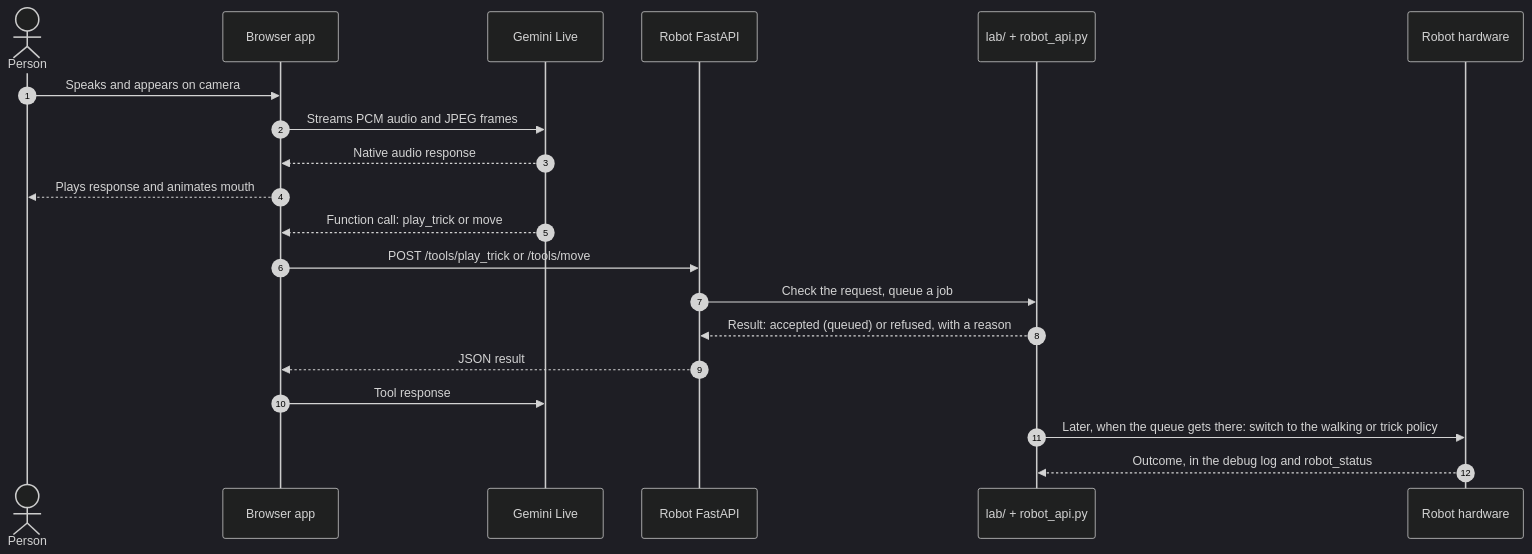
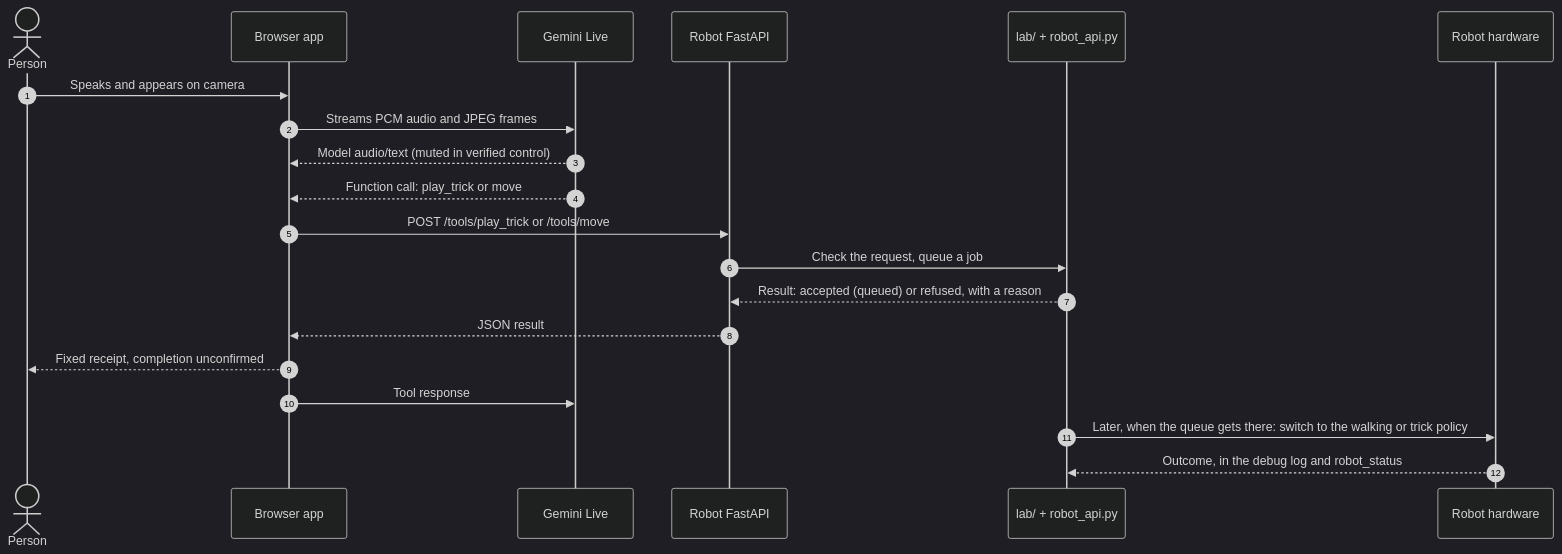
One commit to ShrishPremkrishna/mts_123 changed the second of 4 diagrams in gemini_pupper/docs/architecture.md. Above: the diagram before and after it, drawn with Mermaid (dark theme). The commit also changed other lines of this file and 25 other files, not shown here.

````diff
--- a/gemini_pupper/docs/architecture.md
+++ b/gemini_pupper/docs/architecture.md
@@ -72,24 +80,24 @@
 ```mermaid
 sequenceDiagram
     autonumber
     actor Person
     participant Browser as Browser app
     participant Gemini as Gemini Live
     participant RobotAPI as Robot FastAPI
     participant ROS as lab/ + robot_api.py
     participant Pupper as Robot hardware
 
     Person->>Browser: Speaks and appears on camera
     Browser->>Gemini: Streams PCM audio and JPEG frames
-    Gemini-->>Browser: Native audio response
-    Browser-->>Person: Plays response and animates mouth
+    Gemini-->>Browser: Model audio/text (muted in verified control)
 
     Gemini-->>Browser: Function call: play_trick or move
     Browser->>RobotAPI: POST /tools/play_trick or /tools/move
     RobotAPI->>ROS: Check the request, queue a job
     ROS-->>RobotAPI: Result: accepted (queued) or refused, with a reason
     RobotAPI-->>Browser: JSON result
+    Browser-->>Person: Fixed receipt, completion unconfirmed
     Browser->>Gemini: Tool response
     ROS->>Pupper: Later, when the queue gets there: switch to the walking or trick policy
     Pupper-->>ROS: Outcome, in the debug log and robot_status
 ```
````
